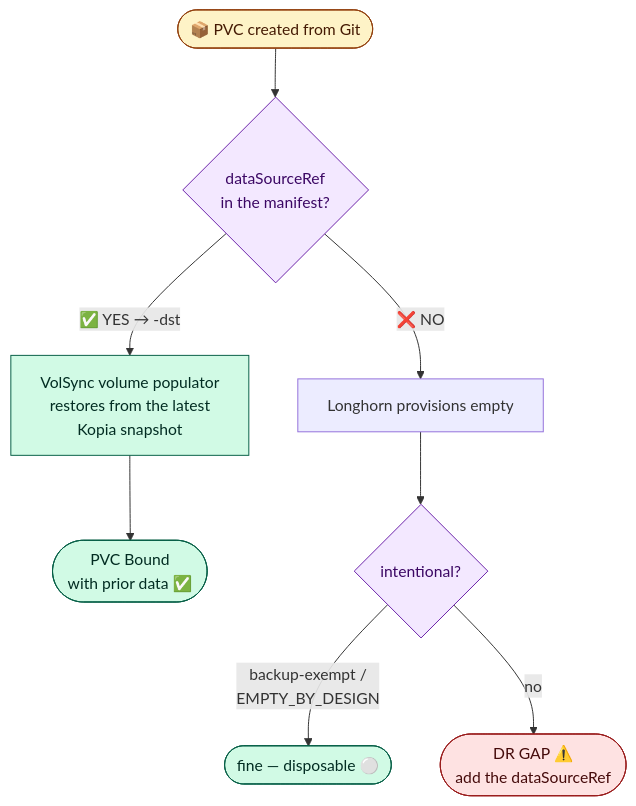
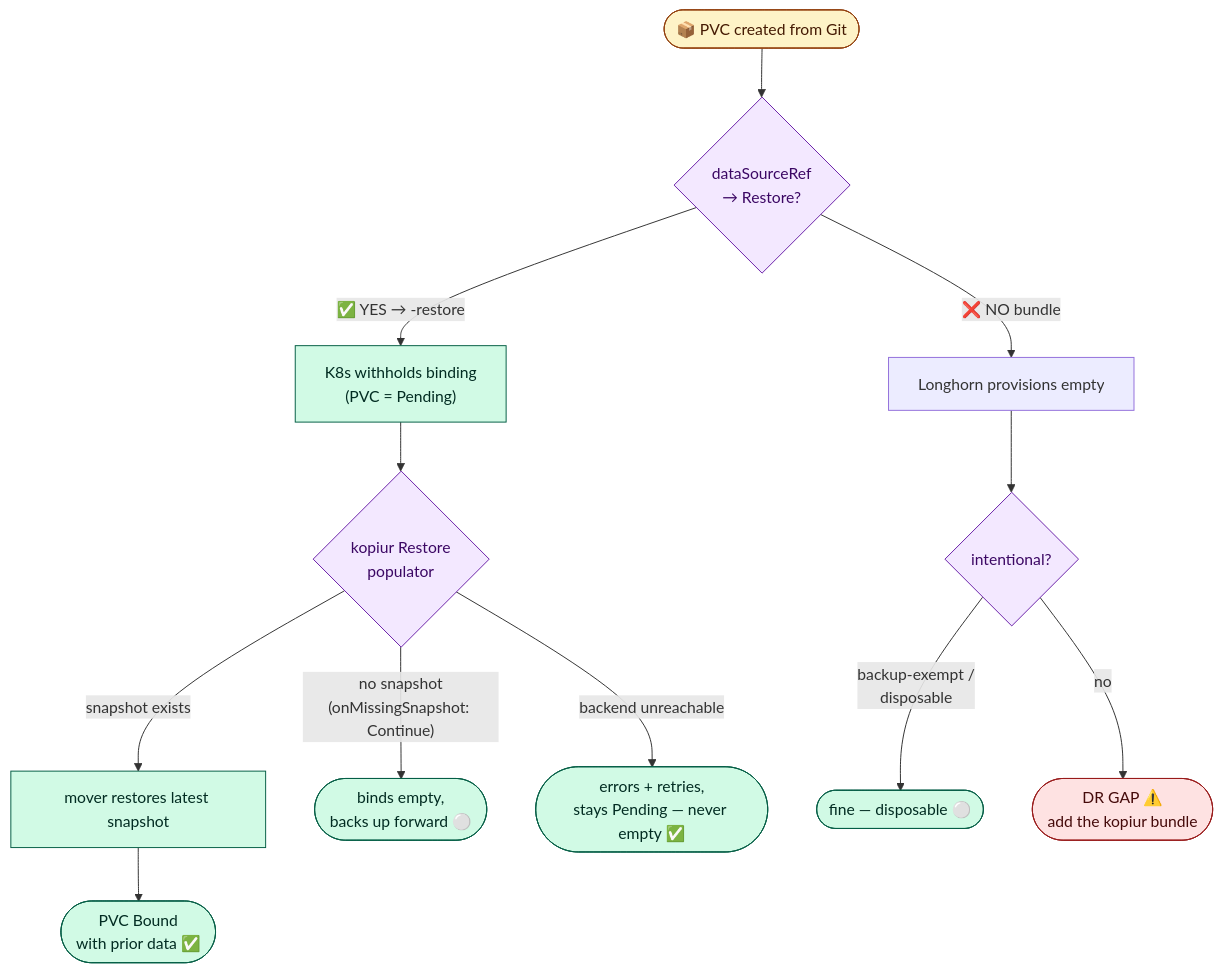
Before and after one commit to mitchross/talos-argocd-proxmox: the third of 5 diagrams in docs/storage-architecture.md, drawn with Mermaid. The commit also changed other lines of this file, not shown here.

````diff
--- a/docs/storage-architecture.md
+++ b/docs/storage-architecture.md
@@ -205,21 +250,25 @@
 ```mermaid
 flowchart TD
-    START(["📦 PVC created from Git"]) --> Q{"dataSourceRef<br/>in the manifest?"}
+    START(["📦 PVC created from Git"]) --> Q{"dataSourceRef<br/>→ Restore?"}
 
-    Q -->|"✅ YES → <pvc>-dst"| RESTORE["VolSync volume populator<br/>restores from the latest<br/>Kopia snapshot"]
+    Q -->|"✅ YES → <pvc>-restore"| HOLD["K8s withholds binding<br/>(PVC = Pending)"]
+    HOLD --> R{"kopiur Restore<br/>populator"}
+    R -->|"snapshot exists"| RESTORE["mover restores latest snapshot"]
     RESTORE --> RBOUND(["PVC Bound<br/>with prior data ✅"])
+    R -->|"no snapshot<br/>(onMissingSnapshot: Continue)"| EMPTYOK(["binds empty,<br/>backs up forward ⚪"])
+    R -->|"backend unreachable"| WAIT(["errors + retries,<br/>stays Pending — never empty ✅"])
 
-    Q -->|"❌ NO"| FRESH["Longhorn provisions empty"]
+    Q -->|"❌ NO bundle"| FRESH["Longhorn provisions empty"]
     FRESH --> CHECK{"intentional?"}
-    CHECK -->|"backup-exempt /<br/>EMPTY_BY_DESIGN"| FINE(["fine — disposable ⚪"])
-    CHECK -->|"no"| GAP(["DR GAP ⚠️<br/>add the dataSourceRef"])
+    CHECK -->|"backup-exempt /<br/>disposable"| FINE(["fine — disposable ⚪"])
+    CHECK -->|"no"| GAP(["DR GAP ⚠️<br/>add the kopiur bundle"])
 
     classDef start fill:#fef3c7,stroke:#92400e,color:#451a03;
     classDef restore fill:#d1fae5,stroke:#065f46,color:#022c22;
     classDef bad fill:#fee2e2,stroke:#991b1b,color:#450a0a;
     classDef decision fill:#f3e8ff,stroke:#6b21a8,color:#3b0764;
     class START start;
-    class Q,CHECK decision;
-    class RESTORE,RBOUND,FINE restore;
+    class Q,CHECK,R decision;
+    class HOLD,RESTORE,RBOUND,FINE,EMPTYOK,WAIT restore;
     class GAP bad;
 ```
````
